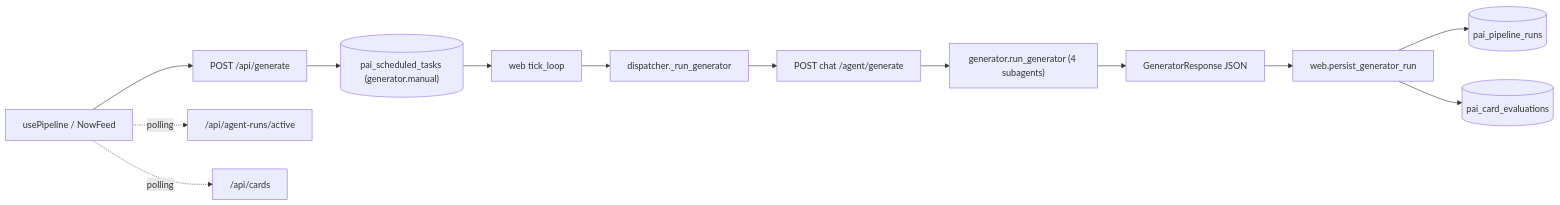
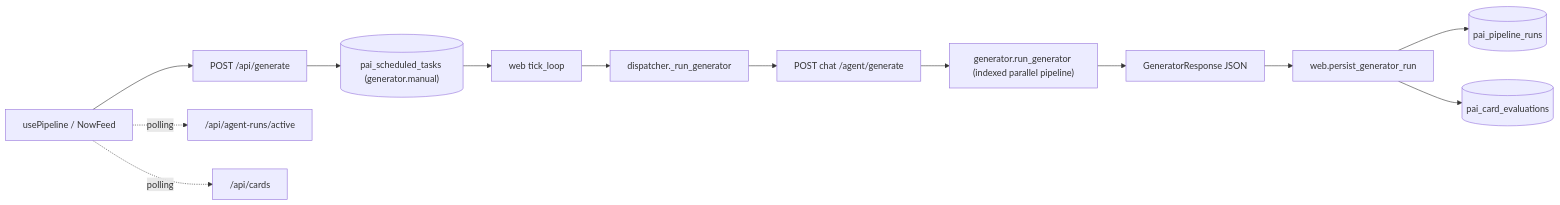
The first of 2 diagrams in docs/modules/generation.mdx (Edge-AI-HQ/proactive-assistant), drawn with Mermaid before and after one commit. The commit also changed other lines of this file and 14 other files, not shown here.

````diff
--- a/docs/modules/generation.mdx
+++ b/docs/modules/generation.mdx
@@ -16,15 +16,15 @@
 ```mermaid
 flowchart LR
   UI["usePipeline / NowFeed"] --> API["POST /api/generate"]
   API --> Q[("pai_scheduled_tasks (generator.manual)")]
   Q --> Sched["web tick_loop"]
   Sched --> Disp["dispatcher._run_generator"]
   Disp --> Chat["POST chat /agent/generate"]
-  Chat --> Agent["generator.run_generator (4 subagents)"]
+  Chat --> Agent["generator.run_generator (indexed parallel pipeline)"]
   Agent --> Resp["GeneratorResponse JSON"]
   Resp --> Persist["web.persist_generator_run"]
   Persist --> PR[("pai_pipeline_runs")]
   Persist --> CE[("pai_card_evaluations")]
   UI -. polling .-> Runs["/api/agent-runs/active"]
   UI -. polling .-> Cards["/api/cards"]
 ```
````
